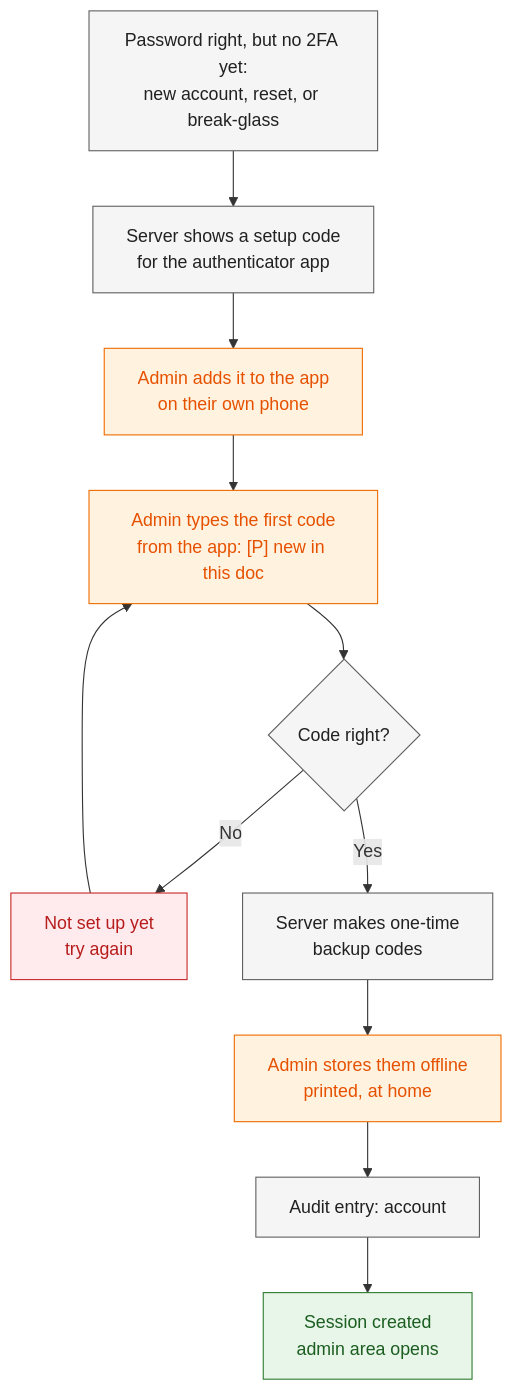
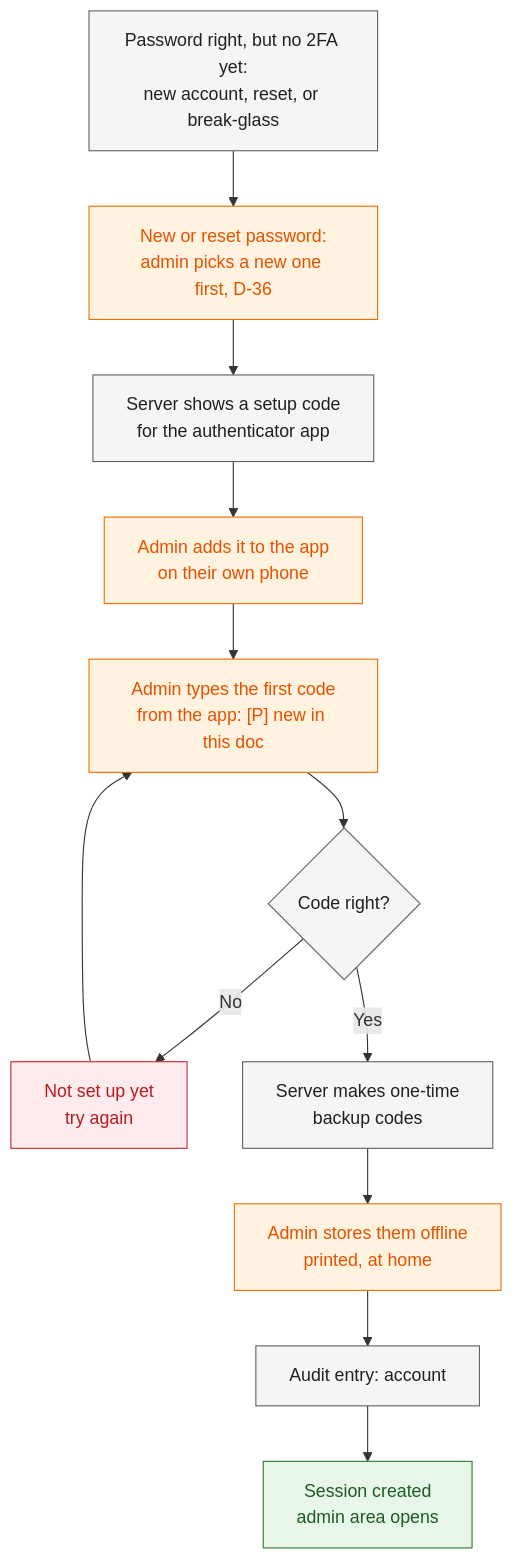
Before and after one commit to DevNarvs/kasoundbox-2026: diagram 17 of 34 in docs/03-workflows/administration.md, drawn with Mermaid. The commit also changed other lines of this file and 26 other files, not shown here.

````diff
--- a/docs/03-workflows/administration.md
+++ b/docs/03-workflows/administration.md
@@ -1282,22 +1282,23 @@
 ```mermaid
 flowchart TD
-    A["Password right, but no 2FA yet:<br/>new account, reset, or break-glass"] --> B["Server shows a setup code<br/>for the authenticator app"]
+    A["Password right, but no 2FA yet:<br/>new account, reset, or break-glass"] --> PW["New or reset password:<br/>admin picks a new one first, D-36"]
+    PW --> B["Server shows a setup code<br/>for the authenticator app"]
     B --> C["Admin adds it to the app<br/>on their own phone"]
     C --> D["Admin types the first code<br/>from the app: [P] new in this doc"]
     D --> V{"Code right?"}
     V -->|"No"| VF["Not set up yet<br/>try again"]
     VF --> D
     V -->|"Yes"| G["Server makes one-time<br/>backup codes"]
     G --> H["Admin stores them offline<br/>printed, at home"]
     H --> AU["Audit entry: account"]
     AU --> I["Session created<br/>admin area opens"]
     classDef customer fill:#e3f2fd,stroke:#1565c0,color:#0d47a1
     classDef system fill:#f5f5f5,stroke:#616161,color:#212121
     classDef admin fill:#fff3e0,stroke:#ef6c00,color:#e65100
     classDef status fill:#e8f5e9,stroke:#2e7d32,color:#1b5e20
     classDef failure fill:#ffebee,stroke:#c62828,color:#b71c1c
-    class C,D,H admin
+    class C,D,H,PW admin
     class A,B,V,G,AU system
     class I status
     class VF failure
 ```
````
